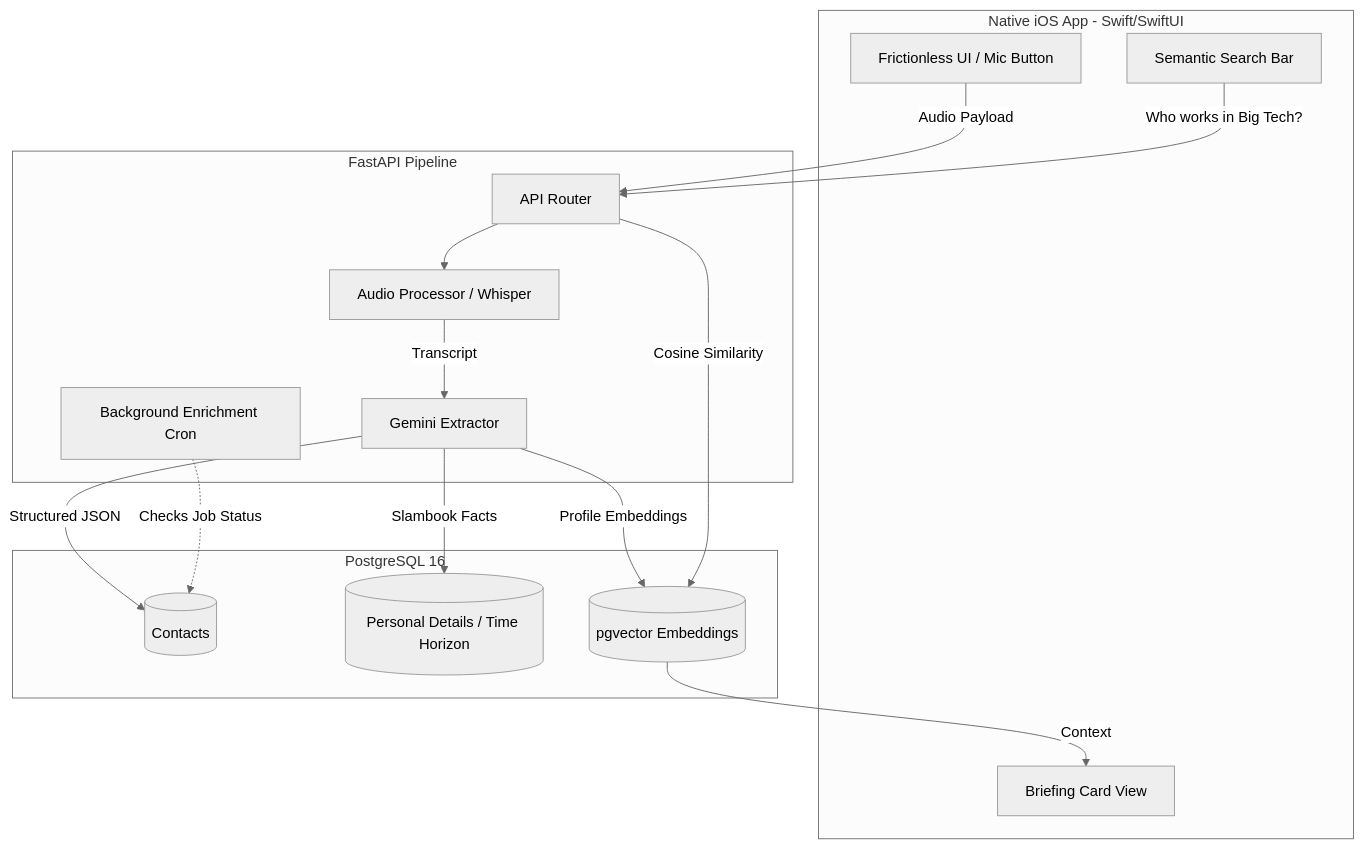
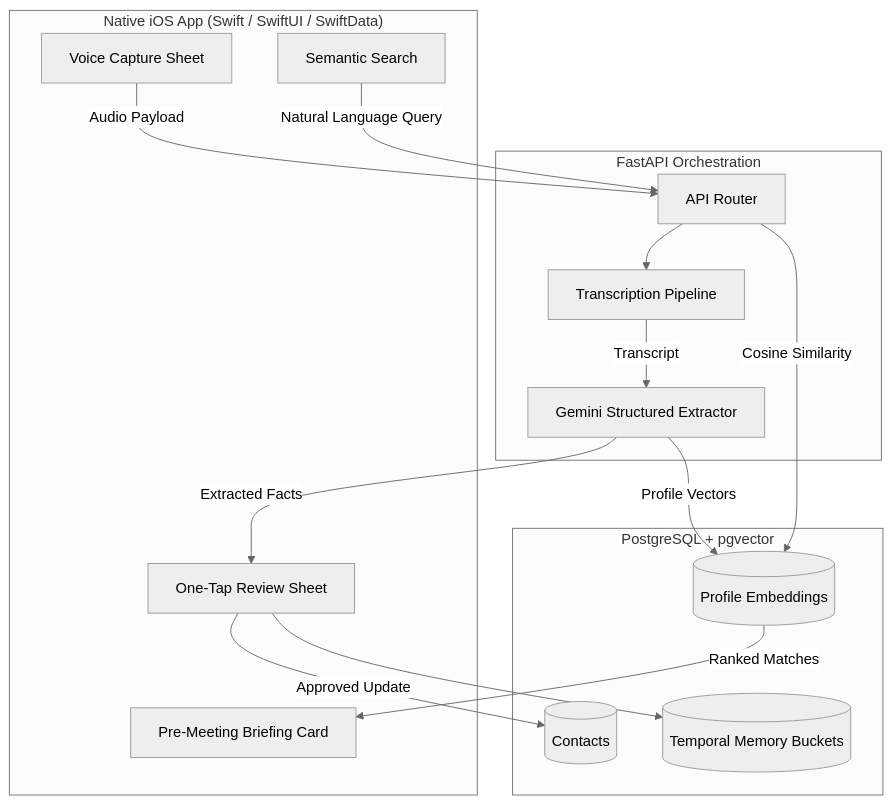
Before and after one commit to sharmaaaryan4012/Dex-showcase: the diagram in README.md, drawn with Mermaid (neutral theme). The commit also changed other lines of this file, not shown here.

````diff
--- a/README.md
+++ b/README.md
@@ -43,32 +72,32 @@
 ```mermaid
 graph TD
-    subgraph iOS Client [Native iOS App - Swift/SwiftUI]
-        UI[Frictionless UI / Mic Button]
-        BC[Briefing Card View]
-        SM[Semantic Search Bar]
+    subgraph iOS["Native iOS App (Swift / SwiftUI / SwiftData)"]
+        UI[Voice Capture Sheet]
+        HITL[One-Tap Review Sheet]
+        BC[Pre-Meeting Briefing Card]
+        SM[Semantic Search]
     end
 
-    subgraph Backend Orchestration [FastAPI Pipeline]
+    subgraph Backend["FastAPI Orchestration"]
         Router[API Router]
-        Audio[Audio Processor / Whisper]
-        LLM[Gemini Extractor]
-        Worker[Background Enrichment Cron]
+        Audio[Transcription Pipeline]
+        LLM[Gemini Structured Extractor]
     end
 
-    subgraph Data Layer [PostgreSQL 16]
+    subgraph Data["PostgreSQL + pgvector"]
         Contacts[(Contacts)]
-        Details[(Personal Details / Time Horizon)]
-        Vector[(pgvector Embeddings)]
+        Details[(Temporal Memory Buckets)]
+        Vector[(Profile Embeddings)]
     end
 
     UI -- Audio Payload --> Router
     Router --> Audio
     Audio -- Transcript --> LLM
-    LLM -- Structured JSON --> Contacts
-    LLM -- Slambook Facts --> Details
-    LLM -- Profile Embeddings --> Vector
-    SM -- "Who works in Big Tech?" --> Router
+    LLM -- Extracted Facts --> HITL
+    HITL -- Approved Update --> Contacts
+    HITL --> Details
+    LLM -- Profile Vectors --> Vector
+    SM -- Natural Language Query --> Router
     Router -- Cosine Similarity --> Vector
-    Vector -- Context --> BC
-    Worker -. Checks Job Status .-> Contacts
+    Vector -- Ranked Matches --> BC
 ```
````
